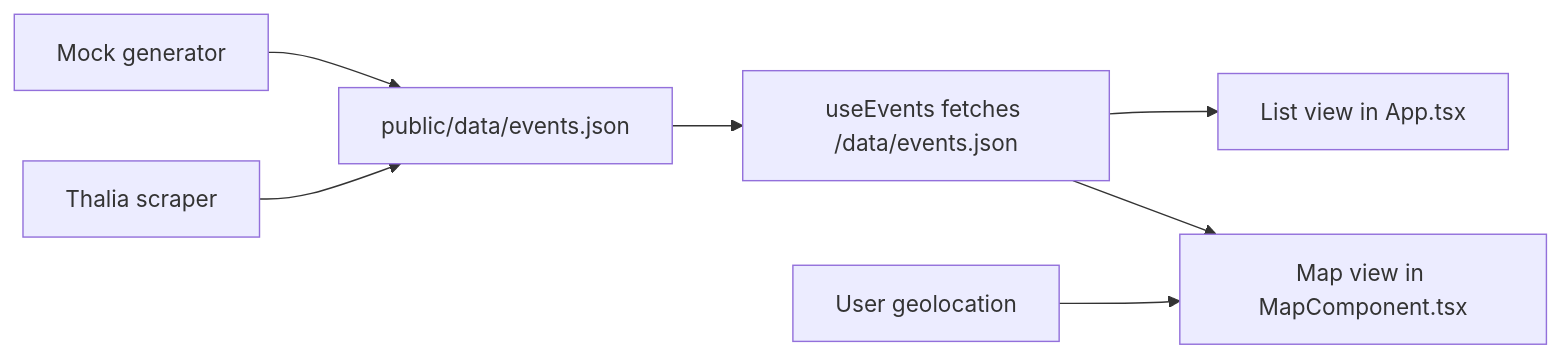
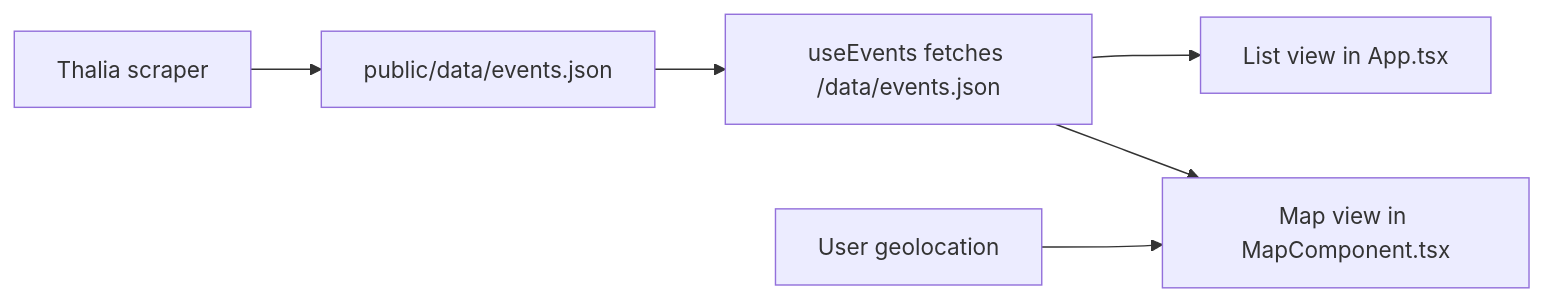
One commit to JohannesRabauer/lesungen-deutschland changed the diagram in README.md. Above: the diagram before and after it, drawn with Mermaid. The commit also changed other lines of this file and 6 other files, not shown here.

Commit message:
Remove mock event generator from data pipeline

````diff
--- a/README.md
+++ b/README.md
@@ -50,9 +49,8 @@
 ```mermaid
 flowchart LR
-  A[Mock generator] --> D[public/data/events.json]
-  B[Thalia scraper] --> D
+  B[Thalia scraper] --> D[public/data/events.json]
   D --> E[useEvents fetches /data/events.json]
   E --> F[List view in App.tsx]
   E --> G[Map view in MapComponent.tsx]
   H[User geolocation] --> G
 ```
````
